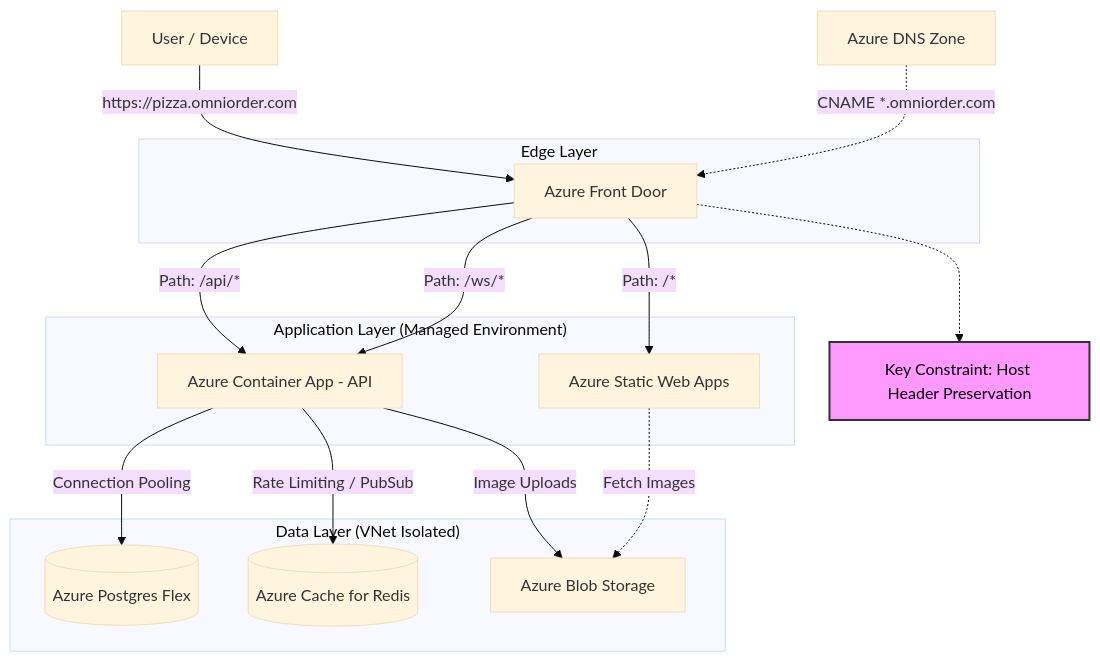
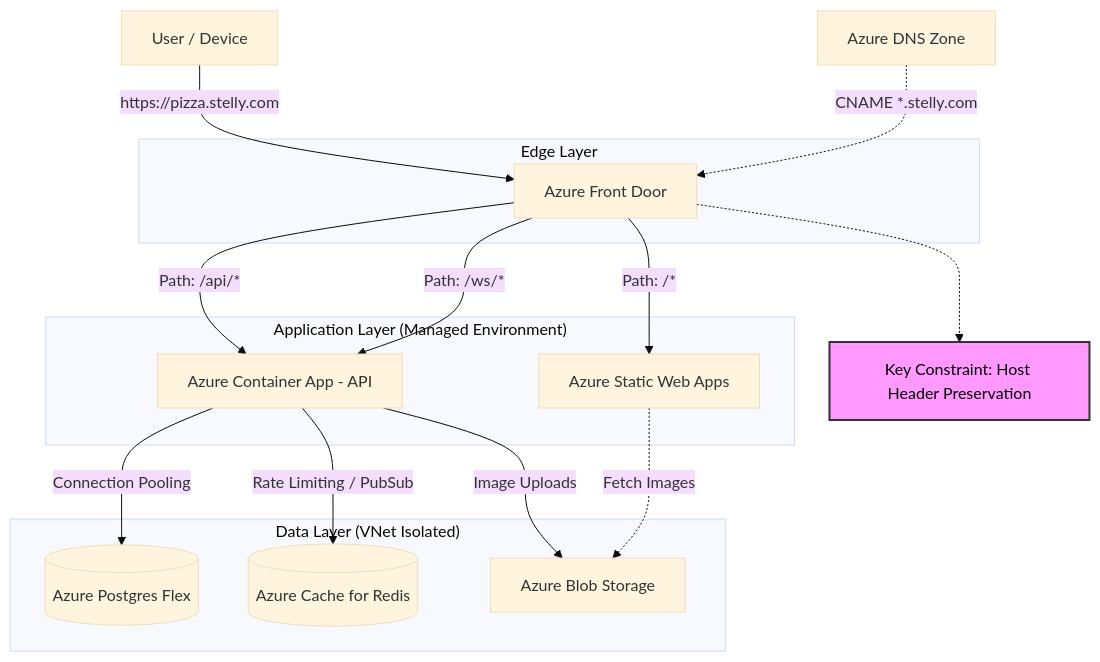
Before and after one commit to Jessevdz/OmniOrder: the first of 2 diagrams in docs/cloud-architecture.md, drawn with Mermaid (base theme). The commit also changed other lines of this file and 28 other files, not shown here.

````diff
--- a/docs/cloud-architecture.md
+++ b/docs/cloud-architecture.md
@@ -22,39 +22,39 @@
 ```mermaid
 graph TD
     User[User / Device]
     DNS[Azure DNS Zone]
     
     subgraph "Edge Layer"
         AFD[Azure Front Door]
     end
 
     subgraph "Application Layer (Managed Environment)"
         SWA[Azure Static Web Apps]
         ACA[Azure Container App - API]
     end
 
     subgraph "Data Layer (VNet Isolated)"
         PG[(Azure Postgres Flex)]
         Redis[(Azure Cache for Redis)]
         Blob[Azure Blob Storage]
     end
 
-    User -->|https://pizza.omniorder.com| AFD
-    DNS -.->|CNAME *.omniorder.com| AFD
+    User -->|https://pizza.stelly.com| AFD
+    DNS -.->|CNAME *.stelly.com| AFD
 
     %% Routing Logic
     AFD -->|Path: /*| SWA
     AFD -->|Path: /api/*| ACA
     AFD -->|Path: /ws/*| ACA
 
     %% Backend Dependencies
     ACA -->|Connection Pooling| PG
     ACA -->|Rate Limiting / PubSub| Redis
     ACA -->|Image Uploads| Blob
     SWA -.->|Fetch Images| Blob
 
     note[Key Constraint: Host Header Preservation]
     style note fill:#f9f,stroke:#333,stroke-width:2px,color:black
     AFD -.-> note
 
 ```
````
